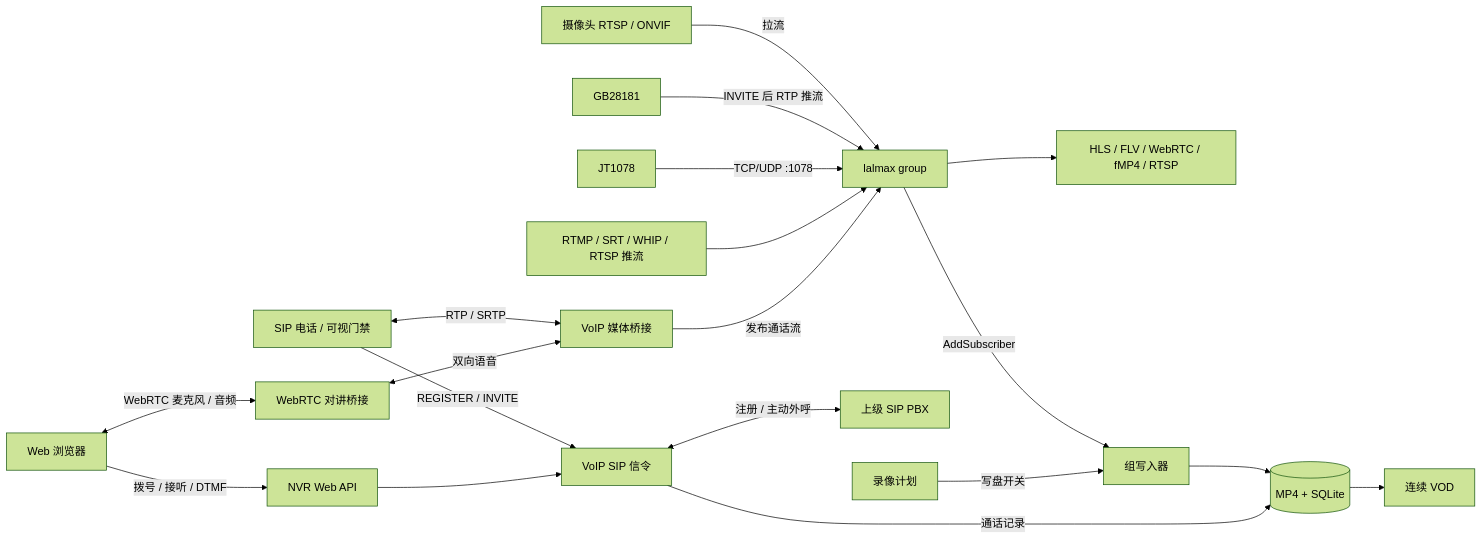
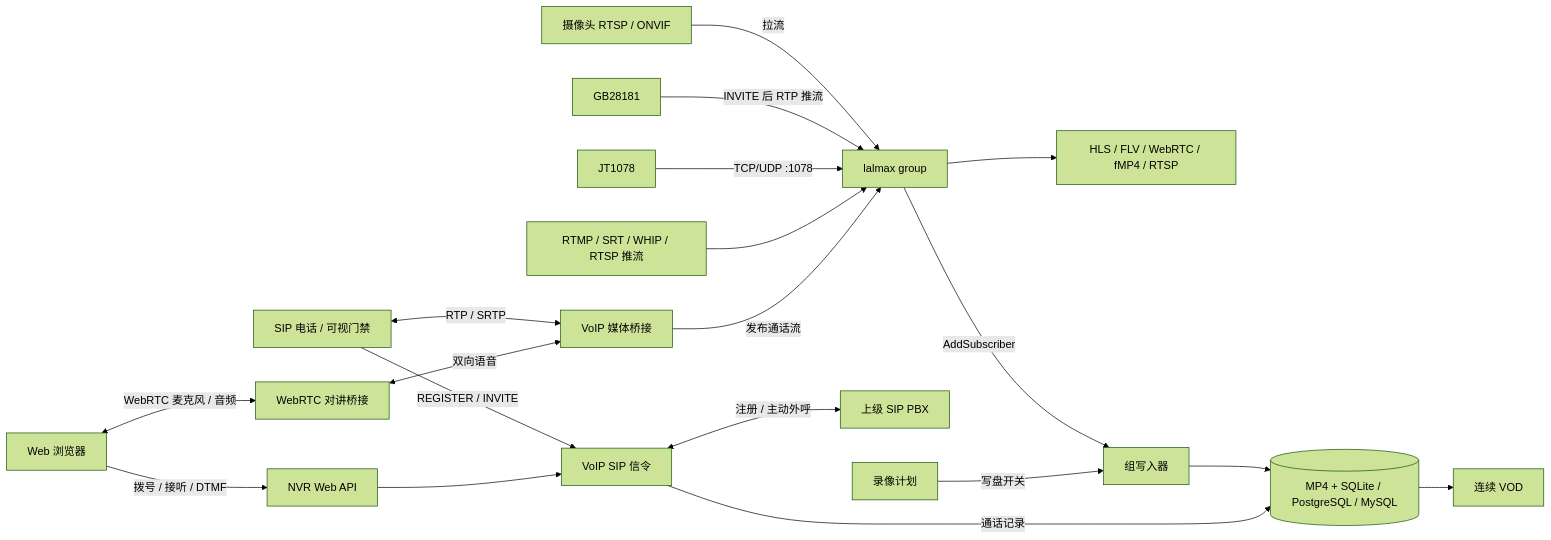
One commit to lalmax-pro/lalmax-nvr changed the diagram in README.zh.md. Above: the diagram before and after it, drawn with Mermaid (forest theme). The commit also changed other lines of this file and 92 other files, not shown here.

````diff
--- a/README.zh.md
+++ b/README.zh.md
@@ -36,23 +36,23 @@
 ```mermaid
 flowchart LR
   Cam[摄像头 RTSP / ONVIF] -->|拉流| Group[lalmax group]
   GB[GB28181] -->|INVITE 后 RTP 推流| Group
   JT[JT1078] -->|TCP/UDP :1078| Group
   Push[RTMP / SRT / WHIP / RTSP 推流] --> Group
 
   Phone[SIP 电话 / 可视门禁] -->|REGISTER / INVITE| VoIPSIP[VoIP SIP 信令]
   VoIPSIP <-->|注册 / 主动外呼| PBX[上级 SIP PBX]
   Phone <-->|RTP / SRTP| VoIPMedia[VoIP 媒体桥接]
   VoIPMedia -->|发布通话流| Group
   Browser[Web 浏览器] -->|拨号 / 接听 / DTMF| API[NVR Web API]
   API --> VoIPSIP
   Browser <-->|WebRTC 麦克风 / 音频| Talk[WebRTC 对讲桥接]
   Talk <-->|双向语音| VoIPMedia
 
   Group --> Live[HLS / FLV / WebRTC / fMP4 / RTSP]
   Group -->|AddSubscriber| Rec[组写入器]
   Plan[录像计划] -->|写盘开关| Rec
-  Rec --> Disk[(MP4 + SQLite)]
+  Rec --> Disk[(MP4 + SQLite / PostgreSQL / MySQL)]
   VoIPSIP -->|通话记录| Disk
   Disk --> VOD[连续 VOD]
 ```
````
